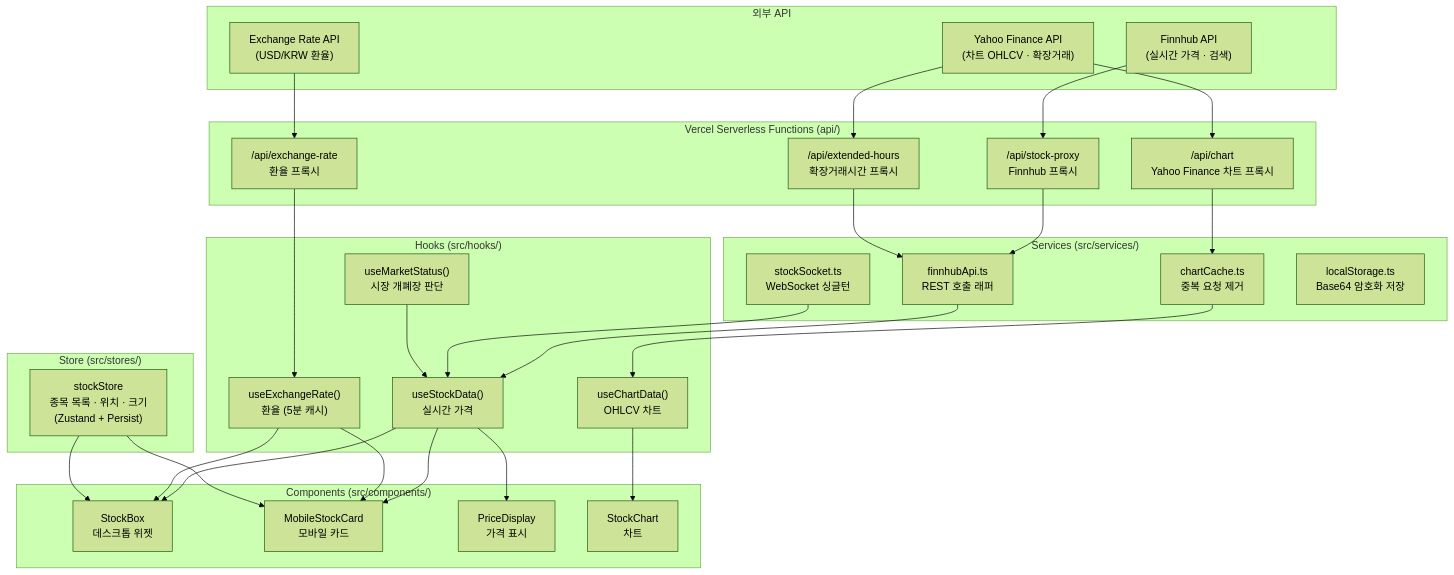
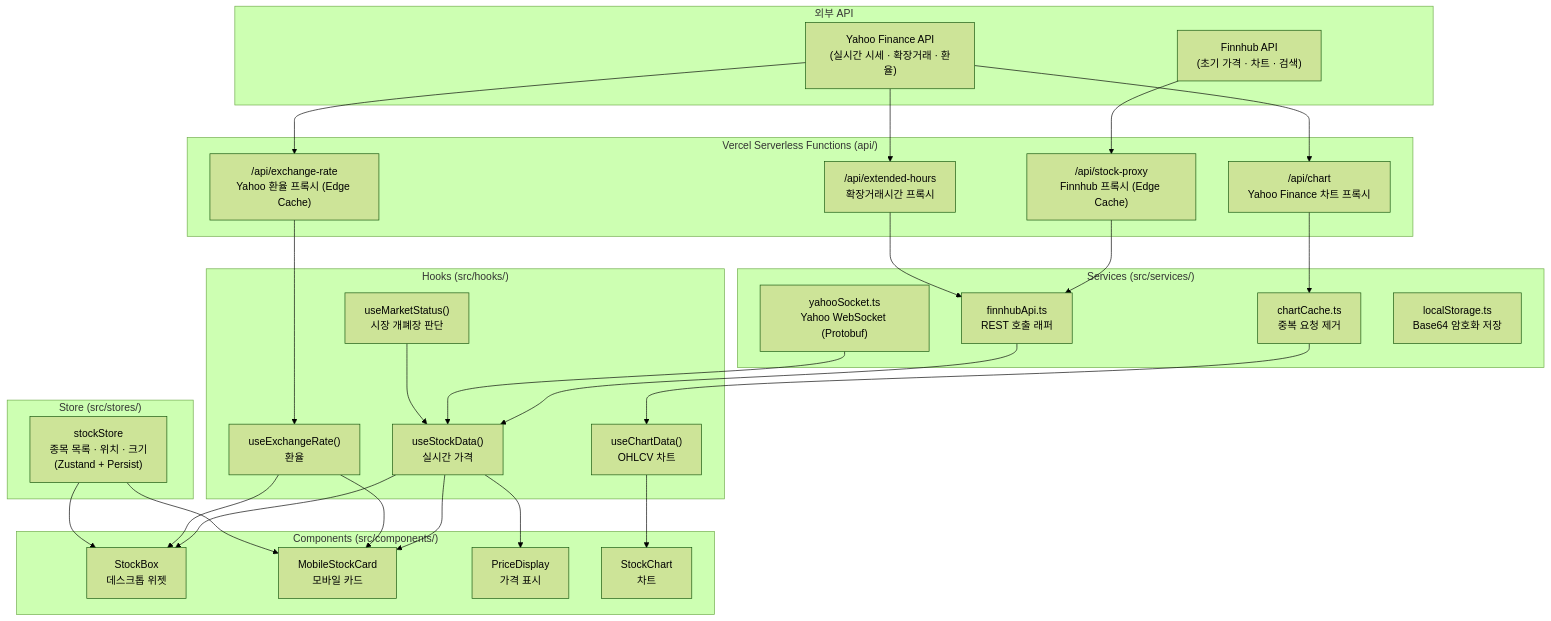
The first of 7 diagrams in docs/architecture/data-flow.md (jm4293/us-stock-desk), drawn with Mermaid (forest theme) before and after one commit. The commit also changed other lines of this file and 17 other files, not shown here.

First line of the commit message:
feat: Yahoo 실시간 웹소켓 도입 및 메인 UI/UX 리팩토링

````diff
--- a/docs/architecture/data-flow.md
+++ b/docs/architecture/data-flow.md
@@ -9,59 +9,57 @@
 ```mermaid
 graph TD
     subgraph External["외부 API"]
-        F["Finnhub API<br/>(실시간 가격 · 검색)"]
-        Y["Yahoo Finance API<br/>(차트 OHLCV · 확장거래)"]
-        E["Exchange Rate API<br/>(USD/KRW 환율)"]
+        F["Finnhub API<br/>(초기 가격 · 차트 · 검색)"]
+        Y["Yahoo Finance API<br/>(실시간 시세 · 확장거래 · 환율)"]
     end
 
     subgraph Serverless["Vercel Serverless Functions (api/)"]
-        SP["/api/stock-proxy<br/>Finnhub 프록시"]
+        SP["/api/stock-proxy<br/>Finnhub 프록시 (Edge Cache)"]
         CH["/api/chart<br/>Yahoo Finance 차트 프록시"]
         EH["/api/extended-hours<br/>확장거래시간 프록시"]
-        ER["/api/exchange-rate<br/>환율 프록시"]
+        ER["/api/exchange-rate<br/>Yahoo 환율 프록시 (Edge Cache)"]
     end
 
     subgraph Services["Services (src/services/)"]
         FA["finnhubApi.ts<br/>REST 호출 래퍼"]
-        SS["stockSocket.ts<br/>WebSocket 싱글턴"]
+        YS["yahooSocket.ts<br/>Yahoo WebSocket (Protobuf)"]
         CC["chartCache.ts<br/>중복 요청 제거"]
         LS["localStorage.ts<br/>Base64 암호화 저장"]
     end
 
     subgraph Hooks["Hooks (src/hooks/)"]
         USD["useStockData()<br/>실시간 가격"]
         UCD["useChartData()<br/>OHLCV 차트"]
         UMS["useMarketStatus()<br/>시장 개폐장 판단"]
-        UER["useExchangeRate()<br/>환율 (5분 캐시)"]
+        UER["useExchangeRate()<br/>환율"]
     end
 
     subgraph Store["Store (src/stores/)"]
         STK["stockStore<br/>종목 목록 · 위치 · 크기<br/>(Zustand + Persist)"]
     end
 
     subgraph Components["Components (src/components/)"]
         SB["StockBox<br/>데스크톱 위젯"]
         MSC["MobileStockCard<br/>모바일 카드"]
         PD["PriceDisplay<br/>가격 표시"]
         SC["StockChart<br/>차트"]
     end
 
     F --> SP
-    Y --> CH & EH
-    E --> ER
+    Y --> CH & EH & ER
 
     SP --> FA
     CH --> CC
     EH --> FA
     ER --> UER
 
     FA --> USD
-    SS --> USD
+    YS --> USD
     CC --> UCD
     UMS --> USD
 
     USD --> SB & MSC & PD
     UCD --> SC
     UER --> SB & MSC
     STK --> SB & MSC
 ```
````
